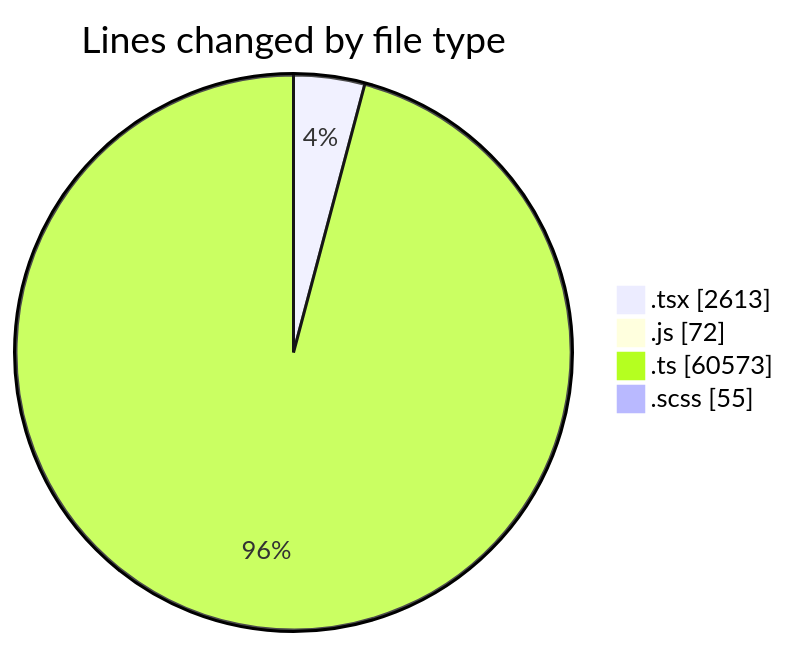
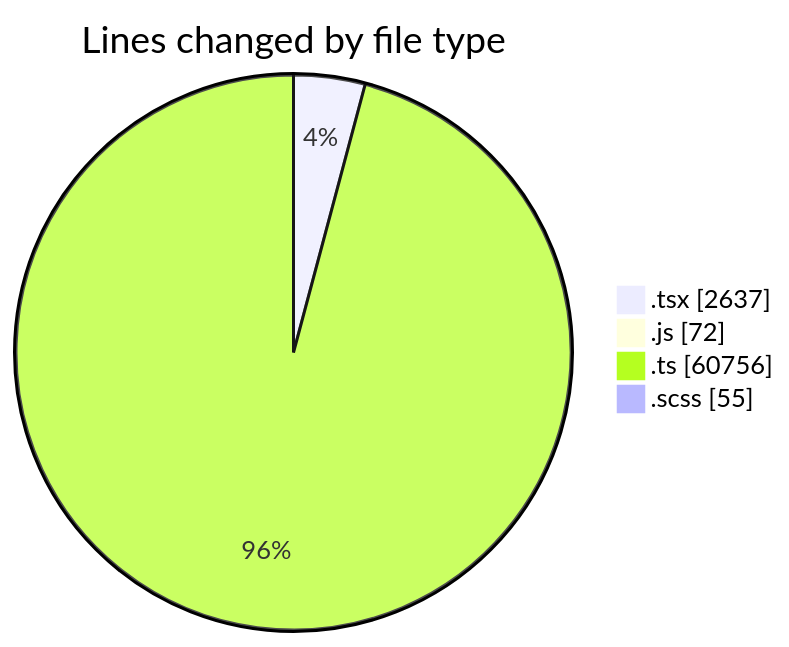
Before and after one commit to momahboobian/code-tracking: the first of 2 diagrams in 2026-09-25/cda/README.md, drawn with Mermaid. The commit also changed other lines of this file and 1 other file, not shown here.

````diff
--- a/2026-09-25/cda/README.md
+++ b/2026-09-25/cda/README.md
@@ -52,8 +52,8 @@
 ```mermaid
 pie showData
 title Lines changed by file type
-".tsx" : 2613
+".tsx" : 2637
 ".js" : 72
-".ts" : 60573
+".ts" : 60756
 ".scss" : 55
 ```
````
